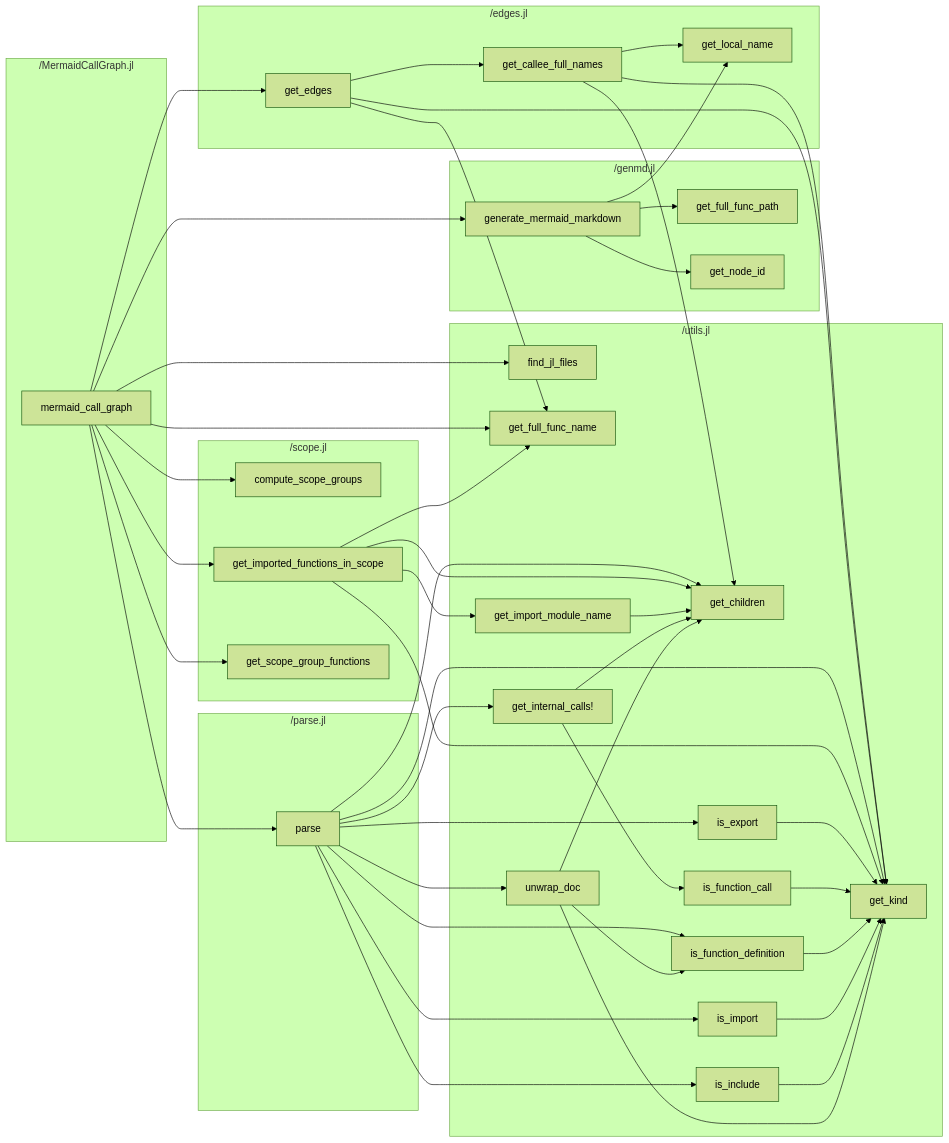
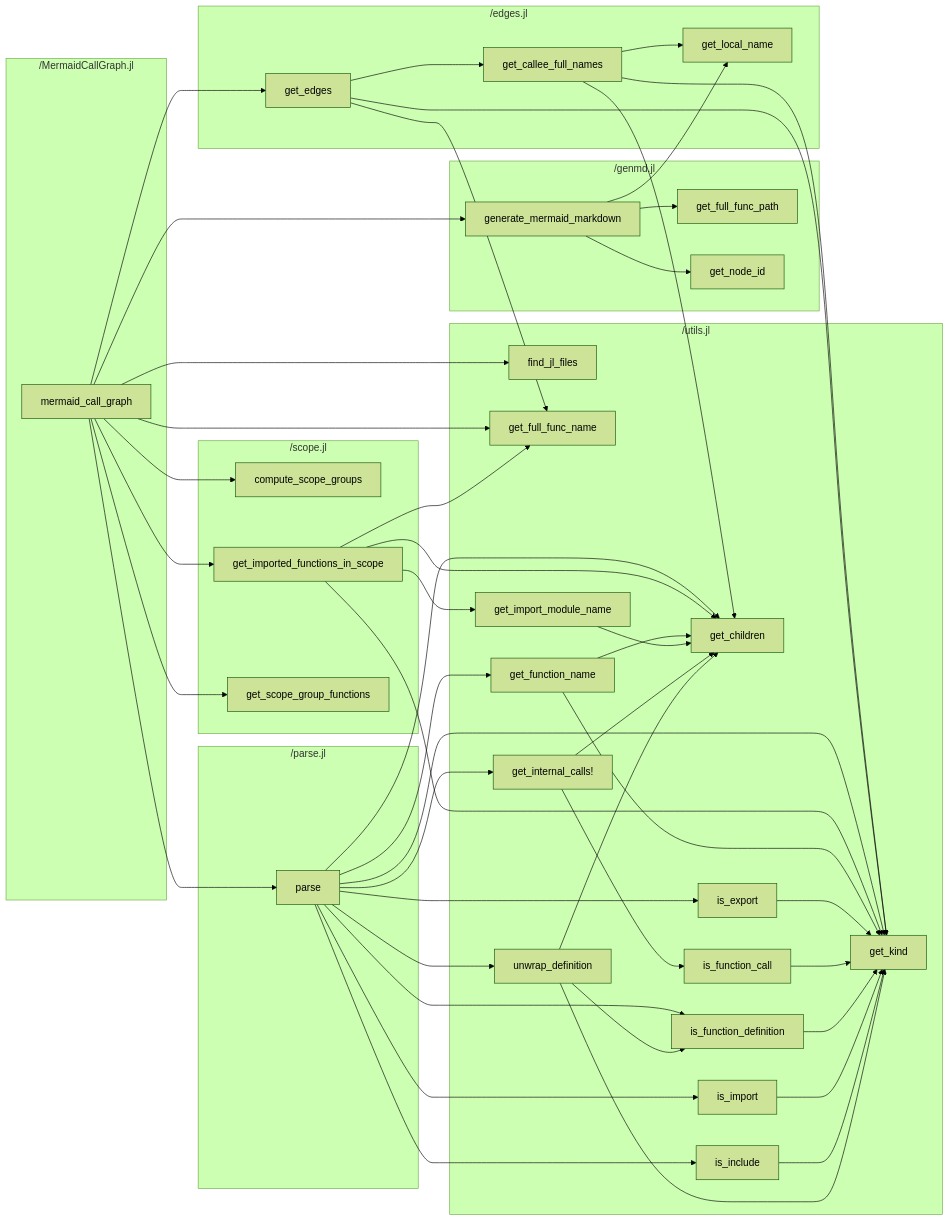
The diagram in README.md (t-garin/MermaidCallGraph.jl), drawn with Mermaid (forest theme) before and after one commit. The commit also changed other lines of this file and 5 other files, not shown here.

````diff
--- a/README.md
+++ b/README.md
@@ -13,78 +13,82 @@
 ```mermaid
 flowchart LR
     subgraph "/MermaidCallGraph.jl"
         _MermaidCallGraph_jl_mermaid_call_graph["mermaid_call_graph"]
     end
     subgraph "/edges.jl"
         _edges_jl_get_callee_full_names["get_callee_full_names"]
         _edges_jl_get_edges["get_edges"]
         _edges_jl_get_local_name["get_local_name"]
     end
     subgraph "/genmd.jl"
         _genmd_jl_generate_mermaid_markdown["generate_mermaid_markdown"]
         _genmd_jl_get_full_func_path["get_full_func_path"]
         _genmd_jl_get_node_id["get_node_id"]
     end
     subgraph "/parse.jl"
         _parse_jl_parse["parse"]
     end
     subgraph "/scope.jl"
         _scope_jl_compute_scope_groups["compute_scope_groups"]
         _scope_jl_get_imported_functions_in_scope["get_imported_functions_in_scope"]
         _scope_jl_get_scope_group_functions["get_scope_group_functions"]
     end
     subgraph "/utils.jl"
         _utils_jl_find_jl_files["find_jl_files"]
         _utils_jl_get_children["get_children"]
         _utils_jl_get_full_func_name["get_full_func_name"]
+        _utils_jl_get_function_name["get_function_name"]
         _utils_jl_get_import_module_name["get_import_module_name"]
         _utils_jl_get_internal_calls_["get_internal_calls!"]
         _utils_jl_get_kind["get_kind"]
         _utils_jl_is_export["is_export"]
         _utils_jl_is_function_call["is_function_call"]
         _utils_jl_is_function_definition["is_function_definition"]
         _utils_jl_is_import["is_import"]
         _utils_jl_is_include["is_include"]
-        _utils_jl_unwrap_doc["unwrap_doc"]
+        _utils_jl_unwrap_definition["unwrap_definition"]
     end
     _MermaidCallGraph_jl_mermaid_call_graph --> _edges_jl_get_edges
     _MermaidCallGraph_jl_mermaid_call_graph --> _genmd_jl_generate_mermaid_markdown
     _MermaidCallGraph_jl_mermaid_call_graph --> _parse_jl_parse
     _MermaidCallGraph_jl_mermaid_call_graph --> _scope_jl_compute_scope_groups
     _MermaidCallGraph_jl_mermaid_call_graph --> _scope_jl_get_imported_functions_in_scope
     _MermaidCallGraph_jl_mermaid_call_graph --> _scope_jl_get_scope_group_functions
     _MermaidCallGraph_jl_mermaid_call_graph --> _utils_jl_find_jl_files
     _MermaidCallGraph_jl_mermaid_call_graph --> _utils_jl_get_full_func_name
     _edges_jl_get_callee_full_names --> _edges_jl_get_local_name
     _edges_jl_get_callee_full_names --> _utils_jl_get_children
     _edges_jl_get_callee_full_names --> _utils_jl_get_kind
     _edges_jl_get_edges --> _edges_jl_get_callee_full_names
     _edges_jl_get_edges --> _utils_jl_get_full_func_name
     _edges_jl_get_edges --> _utils_jl_get_kind
     _genmd_jl_generate_mermaid_markdown --> _edges_jl_get_local_name
     _genmd_jl_generate_mermaid_markdown --> _genmd_jl_get_full_func_path
     _genmd_jl_generate_mermaid_markdown --> _genmd_jl_get_node_id
     _parse_jl_parse --> _utils_jl_get_children
+    _parse_jl_parse --> _utils_jl_get_function_name
     _parse_jl_parse --> _utils_jl_get_internal_calls_
     _parse_jl_parse --> _utils_jl_get_kind
     _parse_jl_parse --> _utils_jl_is_export
     _parse_jl_parse --> _utils_jl_is_function_definition
     _parse_jl_parse --> _utils_jl_is_import
     _parse_jl_parse --> _utils_jl_is_include
-    _parse_jl_parse --> _utils_jl_unwrap_doc
+    _parse_jl_parse --> _utils_jl_unwrap_definition
     _scope_jl_get_imported_functions_in_scope --> _utils_jl_get_children
     _scope_jl_get_imported_functions_in_scope --> _utils_jl_get_full_func_name
     _scope_jl_get_imported_functions_in_scope --> _utils_jl_get_import_module_name
     _scope_jl_get_imported_functions_in_scope --> _utils_jl_get_kind
+    _utils_jl_get_function_name --> _utils_jl_get_children
+    _utils_jl_get_function_name --> _utils_jl_get_kind
     _utils_jl_get_import_module_name --> _utils_jl_get_children
     _utils_jl_get_internal_calls_ --> _utils_jl_get_children
     _utils_jl_get_internal_calls_ --> _utils_jl_is_function_call
     _utils_jl_is_export --> _utils_jl_get_kind
     _utils_jl_is_function_call --> _utils_jl_get_kind
     _utils_jl_is_function_definition --> _utils_jl_get_kind
     _utils_jl_is_import --> _utils_jl_get_kind
     _utils_jl_is_include --> _utils_jl_get_kind
-    _utils_jl_unwrap_doc --> _utils_jl_get_children
-    _utils_jl_unwrap_doc --> _utils_jl_get_kind
-    _utils_jl_unwrap_doc --> _utils_jl_is_function_definition
+    _utils_jl_unwrap_definition --> _utils_jl_get_children
+    _utils_jl_unwrap_definition --> _utils_jl_get_kind
+    _utils_jl_unwrap_definition --> _utils_jl_is_function_definition
 ```
````
